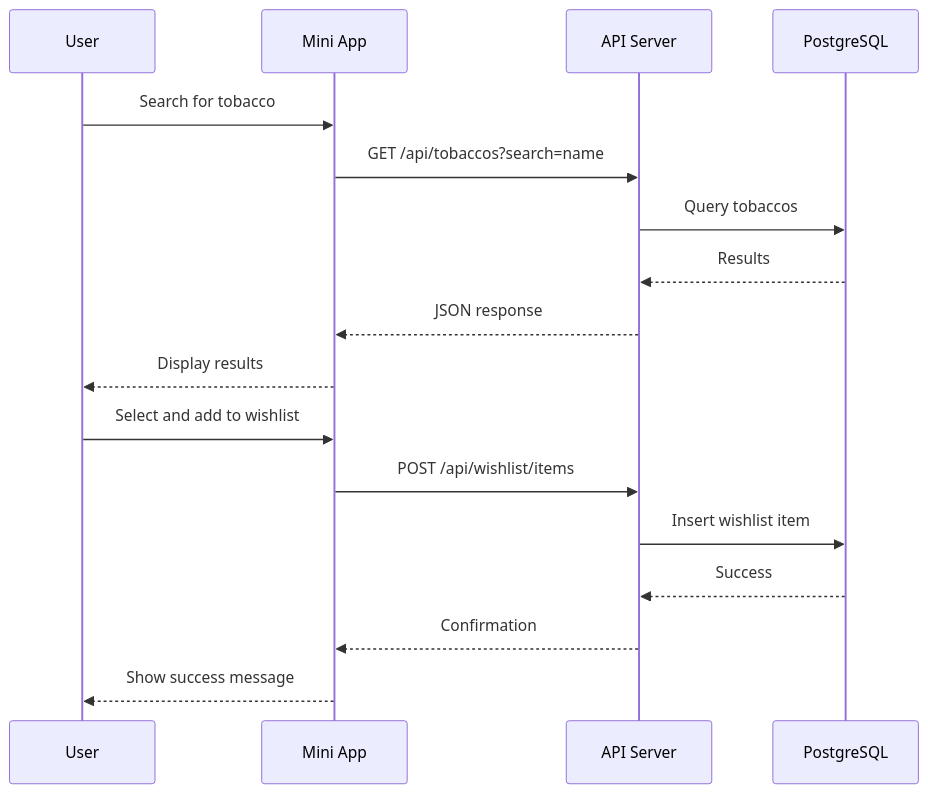
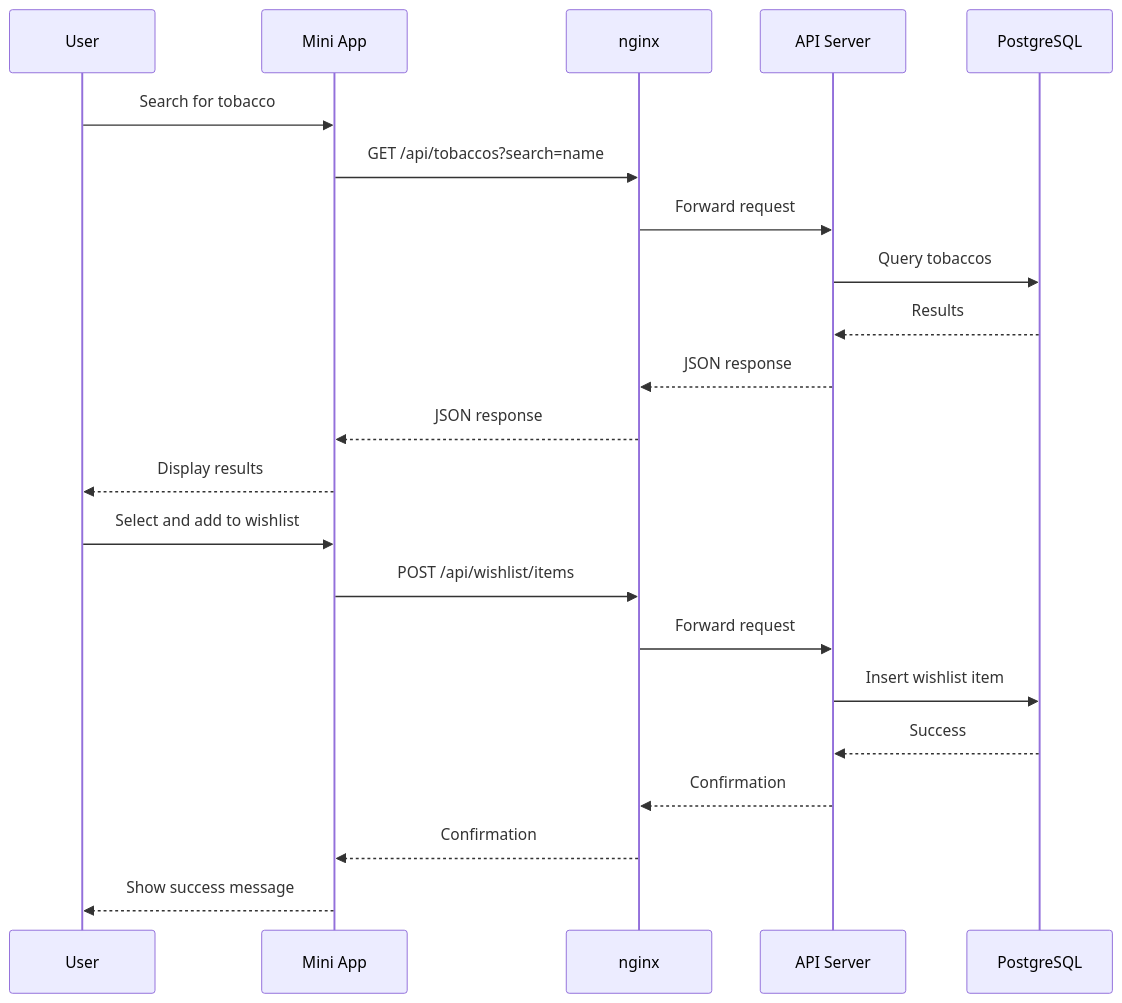
The fourth of 10 diagrams in plans/02-system-architecture.md (Zenderg/hookah-wishlist), drawn with Mermaid before and after one commit. The commit also changed other lines of this file and 17 other files, not shown here.

````diff
--- a/plans/02-system-architecture.md
+++ b/plans/02-system-architecture.md
@@ -254,20 +261,25 @@
 ```mermaid
 sequenceDiagram
     participant U as User
     participant MA as Mini App
+    participant NG as nginx
     participant API as API Server
     participant DB as PostgreSQL
     
     U->>MA: Search for tobacco
-    MA->>API: GET /api/tobaccos?search=name
+    MA->>NG: GET /api/tobaccos?search=name
+    NG->>API: Forward request
     API->>DB: Query tobaccos
     DB-->>API: Results
-    API-->>MA: JSON response
+    API-->>NG: JSON response
+    NG-->>MA: JSON response
     MA-->>U: Display results
     U->>MA: Select and add to wishlist
-    MA->>API: POST /api/wishlist/items
+    MA->>NG: POST /api/wishlist/items
+    NG->>API: Forward request
     API->>DB: Insert wishlist item
     DB-->>API: Success
-    API-->>MA: Confirmation
+    API-->>NG: Confirmation
+    NG-->>MA: Confirmation
     MA-->>U: Show success message
 ```
````
